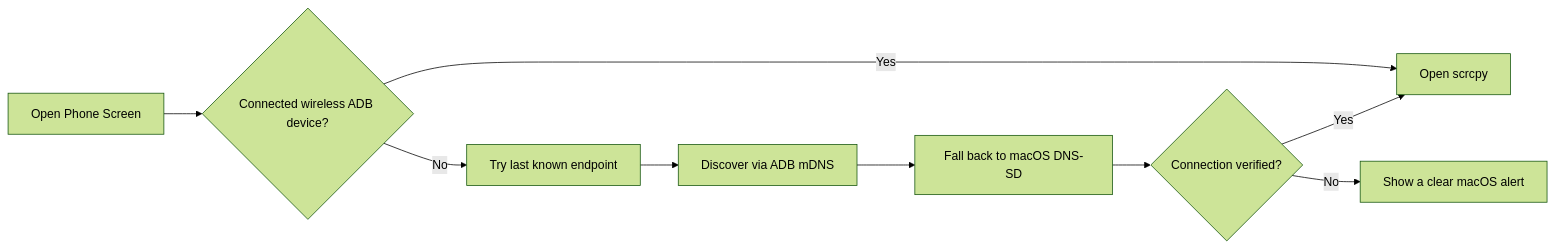
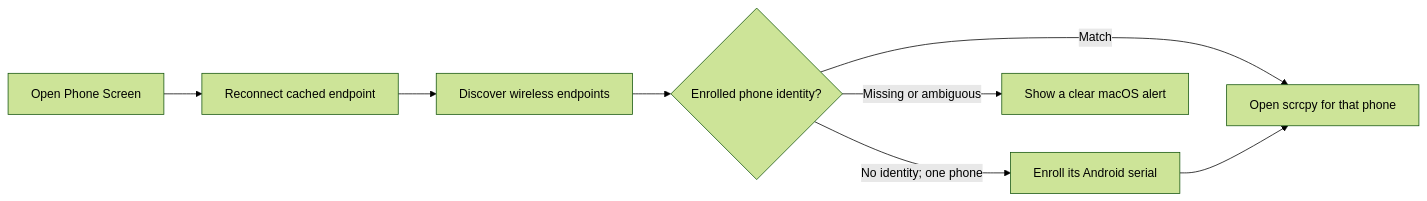
The diagram in README.md (huzzyz/phone-screen-macos), drawn with Mermaid (forest theme) before and after one commit. The commit also changed other lines of this file and 8 other files, not shown here.

Commit message:
Pin wireless launches to the enrolled phone

````diff
--- a/README.md
+++ b/README.md
@@ -23,11 +23,10 @@
 ```mermaid
 flowchart LR
-    A[Open Phone Screen] --> B{Connected wireless ADB device?}
-    B -- Yes --> F[Open scrcpy]
-    B -- No --> C[Try last known endpoint]
-    C --> D[Discover via ADB mDNS]
-    D --> E[Fall back to macOS DNS-SD]
-    E --> G{Connection verified?}
-    G -- Yes --> F
-    G -- No --> H[Show a clear macOS alert]
+    A[Open Phone Screen] --> B[Reconnect cached endpoint]
+    B --> C[Discover wireless endpoints]
+    C --> D{Enrolled phone identity?}
+    D -- Match --> F[Open scrcpy for that phone]
+    D -- No identity; one phone --> E[Enroll its Android serial]
+    E --> F
+    D -- Missing or ambiguous --> H[Show a clear macOS alert]
 ```
````
